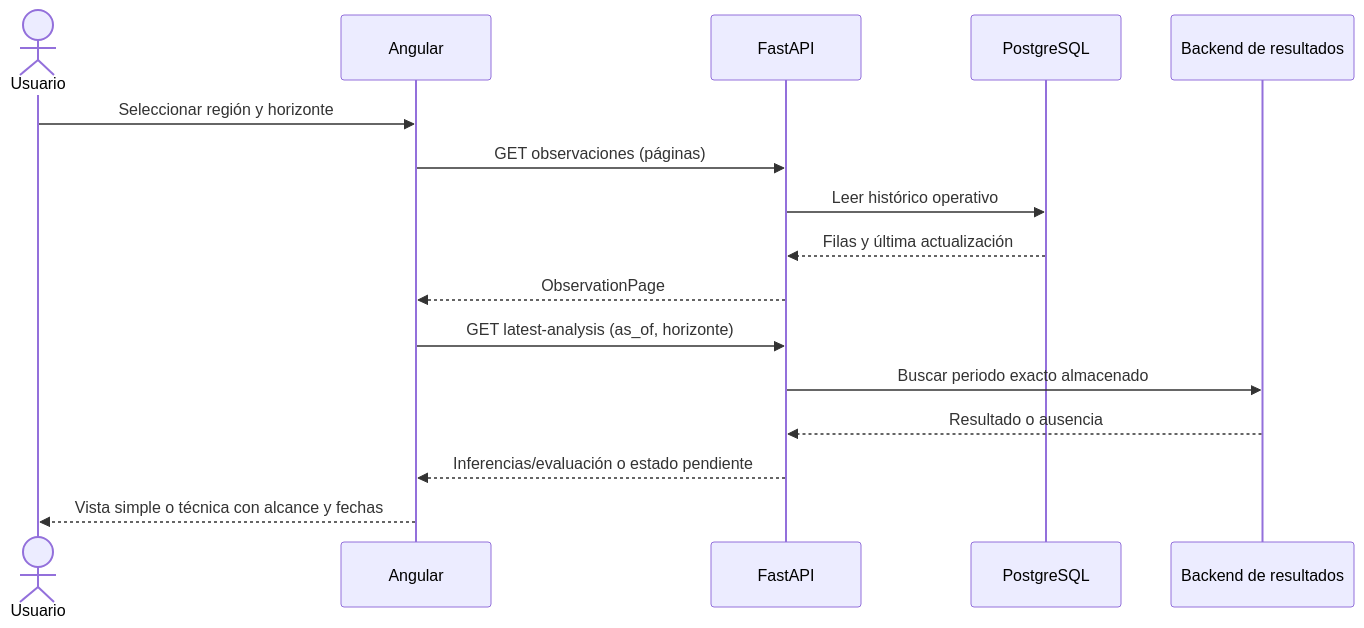
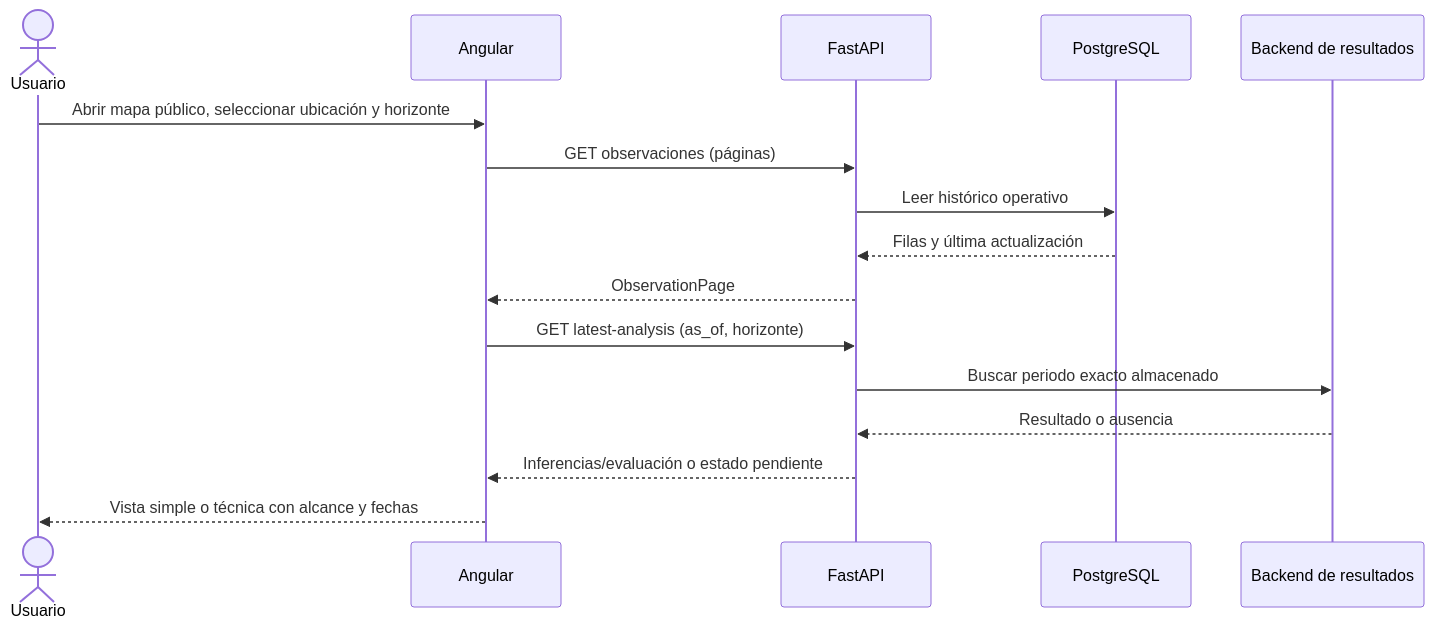
Before and after one commit to Samuelbomc/SpaceApps2026: the first of 2 diagrams in docs/architecture/flows.md, drawn with Mermaid. The commit also changed other lines of this file and 122 other files, not shown here.

````diff
--- a/docs/architecture/flows.md
+++ b/docs/architecture/flows.md
@@ -9,18 +9,18 @@
 ```mermaid
 sequenceDiagram
     actor User as Usuario
     participant Web as Angular
     participant API as FastAPI
     participant PG as PostgreSQL
     participant Results as Backend de resultados
-    User->>Web: Seleccionar región y horizonte
+    User->>Web: Abrir mapa público, seleccionar ubicación y horizonte
     Web->>API: GET observaciones (páginas)
     API->>PG: Leer histórico operativo
     PG-->>API: Filas y última actualización
     API-->>Web: ObservationPage
     Web->>API: GET latest-analysis (as_of, horizonte)
     API->>Results: Buscar periodo exacto almacenado
     Results-->>API: Resultado o ausencia
     API-->>Web: Inferencias/evaluación o estado pendiente
     Web-->>User: Vista simple o técnica con alcance y fechas
 ```
````
